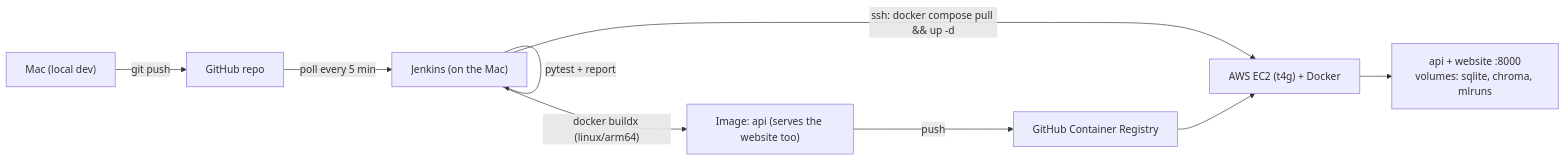
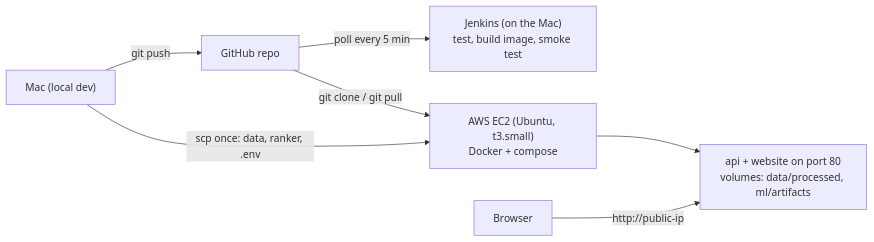
The sixth of 6 diagrams in docs/architecture.md (ShubhranshuVerma/NutriChef_AI), drawn with Mermaid before and after one commit. The commit also changed other lines of this file and 2 other files, not shown here.

````diff
--- a/docs/architecture.md
+++ b/docs/architecture.md
@@ -459,11 +468,9 @@
 ```mermaid
 flowchart LR
     Dev["Mac (local dev)"] -->|"git push"| GH["GitHub repo"]
-    GH -->|"poll every 5 min"| J["Jenkins (on the Mac)"]
-    J -->|"pytest + report"| J
-    J -->|"docker buildx (linux/arm64)"| IMG["Image: api (serves the website too)"]
-    IMG -->|"push"| REG["GitHub Container Registry"]
-    J -->|"ssh: docker compose pull && up -d"| EC2["AWS EC2 (t4g) + Docker"]
-    REG --> EC2
-    EC2 --> APP["api + website :8000<br/>volumes: sqlite, chroma, mlruns"]
+    GH -->|"poll every 5 min"| J["Jenkins (on the Mac)<br/>test, build image, smoke test"]
+    GH -->|"git clone / git pull"| EC2["AWS EC2 (Ubuntu, t3.small)<br/>Docker + compose"]
+    Dev -->|"scp once: data, ranker, .env"| EC2
+    EC2 --> APP["api + website on port 80<br/>volumes: data/processed, ml/artifacts"]
+    User["Browser"] -->|"http://public-ip"| APP
 ```
````
